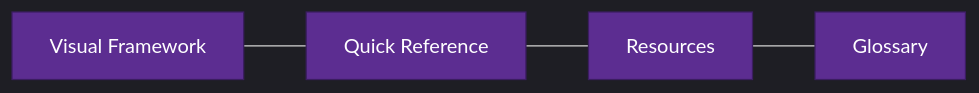
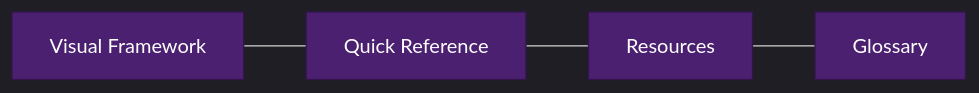
Before and after one commit to microsoft/Microsoft-AI-Decision-Framework: the second of 2 diagrams in README.md, drawn with Mermaid. The commit also changed other lines of this file and 11 other files, not shown here.

Commit message:
docs: refresh devcontainer guidance and mermaid palette

````diff
--- a/README.md
+++ b/README.md
@@ -95,20 +95,20 @@
 ```mermaid
 %%{init: {'theme':'dark'}}%%
 flowchart LR
     VF["Visual Framework"]
     QR["Quick Reference"]
     RES["Resources"]
     GLOS["Glossary"]
 
     VF --- QR --- RES --- GLOS
 
-    style VF fill:#5C2D91,stroke:#3B1D61,color:#fff
-    style QR fill:#5C2D91,stroke:#3B1D61,color:#fff
-    style RES fill:#5C2D91,stroke:#3B1D61,color:#fff
-    style GLOS fill:#5C2D91,stroke:#3B1D61,color:#fff
+    style VF fill:#4b2070,stroke:#33154c,color:#fff
+    style QR fill:#4b2070,stroke:#33154c,color:#fff
+    style RES fill:#4b2070,stroke:#33154c,color:#fff
+    style GLOS fill:#4b2070,stroke:#33154c,color:#fff
 
     click VF "{{ site.baseurl }}/docs/visual-framework" "Open Visual Framework" _self
     click QR "{{ site.baseurl }}/docs/quick-reference" "Open Quick Reference" _self
     click RES "{{ site.baseurl }}/docs/resources" "Open Resources" _self
     click GLOS "{{ site.baseurl }}/docs/glossary" "Open Glossary" _self
 ```
````
